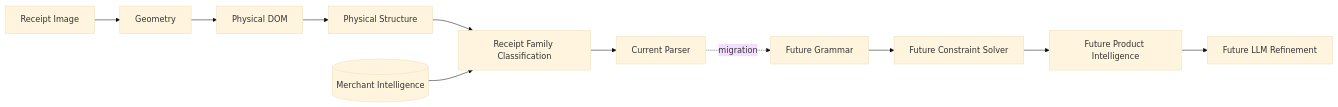
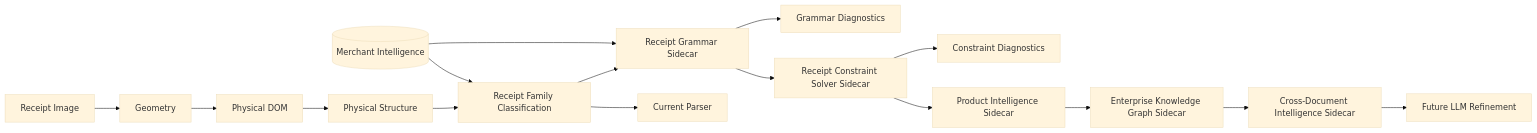
One commit to rchalicham/ai-backend changed the fifth of 20 diagrams in docs/Enterprise-Architecture/Receipt-Intelligence-Enterprise-Architecture.md. Above: the diagram before and after it, drawn with Mermaid (base theme). The commit also changed other lines of this file and 330 other files, not shown here.

Commit message:
Add enterprise receipt intelligence frameworks

````diff
--- a/docs/Enterprise-Architecture/Receipt-Intelligence-Enterprise-Architecture.md
+++ b/docs/Enterprise-Architecture/Receipt-Intelligence-Enterprise-Architecture.md
@@ -82,13 +206,18 @@
 ```mermaid
 flowchart LR
     image[Receipt Image] --> geometry[Geometry]
     geometry --> dom[Physical DOM]
     dom --> structure[Physical Structure]
     structure --> classification[Receipt Family Classification]
     knowledge[(Merchant Intelligence)] --> classification
+    classification --> grammar[Receipt Grammar Sidecar]
     classification --> parser[Current Parser]
-    parser -. migration .-> grammar[Future Grammar]
-    grammar --> constraints[Future Constraint Solver]
-    constraints --> products[Future Product Intelligence]
-    products --> refinement[Future LLM Refinement]
+    knowledge --> grammar
+    grammar --> diagnostics[Grammar Diagnostics]
+    grammar --> constraints[Receipt Constraint Solver Sidecar]
+    constraints --> constraintDiagnostics[Constraint Diagnostics]
+    constraints --> products[Product Intelligence Sidecar]
+    products --> ekg[Enterprise Knowledge Graph Sidecar]
+    ekg --> cdif[Cross-Document Intelligence Sidecar]
+    cdif --> refinement[Future LLM Refinement]
 ```
````
